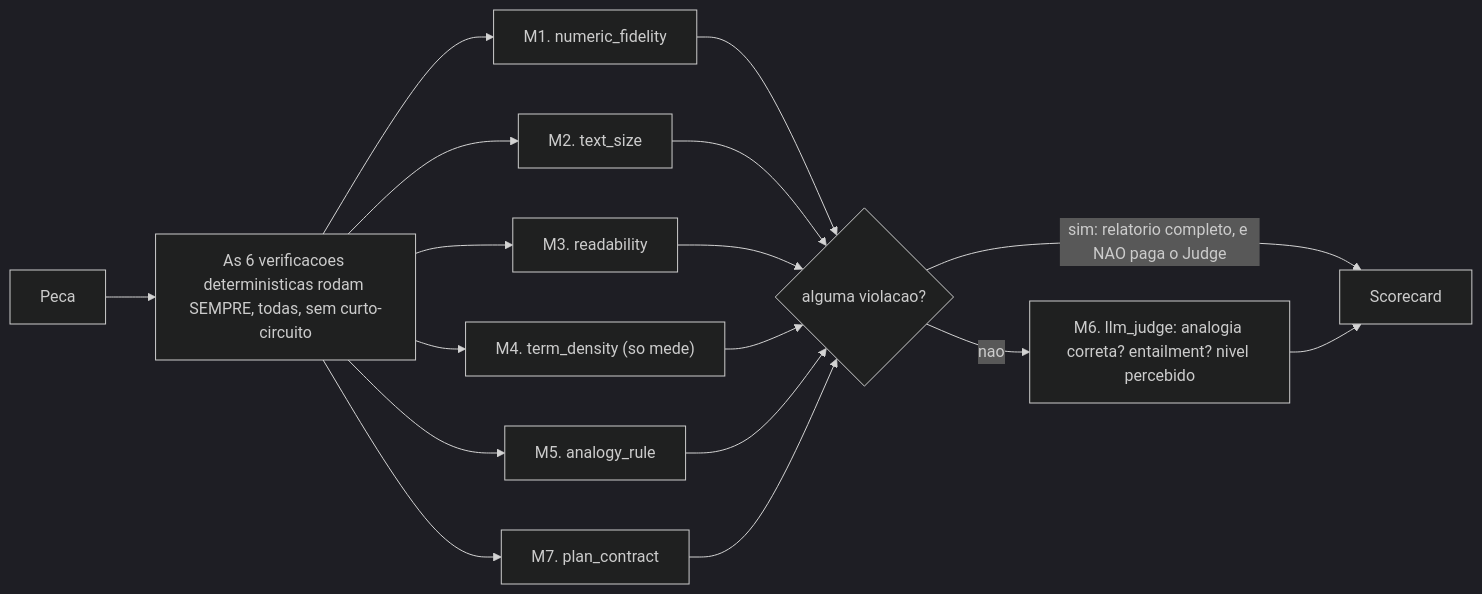
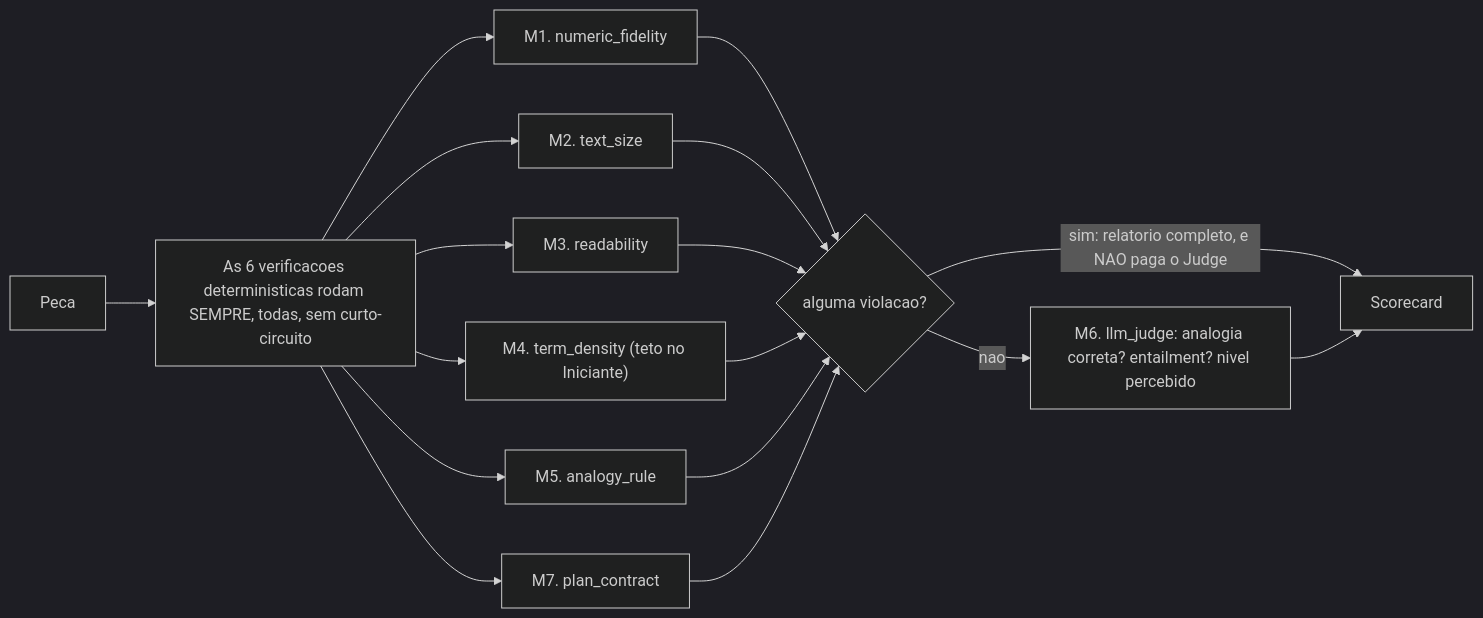
Before and after one commit to lcordeirokopke/Sunointent: the second of 3 diagrams in docs/arquiteturas.md, drawn with Mermaid (dark theme). The commit also changed other lines of this file and 28 other files, not shown here.

````diff
--- a/docs/arquiteturas.md
+++ b/docs/arquiteturas.md
@@ -606,19 +606,19 @@
 ```mermaid
 flowchart LR
     P["Peca"] --> DET["As 6 verificacoes deterministicas rodam SEMPRE, todas, sem curto-circuito"]
     DET --> M1["M1. numeric_fidelity"]
     DET --> M2["M2. text_size"]
     DET --> M3["M3. readability"]
-    DET --> M4["M4. term_density (so mede)"]
+    DET --> M4["M4. term_density (teto no Iniciante)"]
     DET --> M5["M5. analogy_rule"]
     DET --> PC["M7. plan_contract"]
     M1 --> G{"alguma violacao?"}
     M2 --> G
     M3 --> G
     M4 --> G
     M5 --> G
     PC --> G
     G -->|"sim: relatorio completo, e NAO paga o Judge"| SC["Scorecard"]
     G -->|nao| J["M6. llm_judge: analogia correta? entailment? nivel percebido"]
     J --> SC
 ```
````
